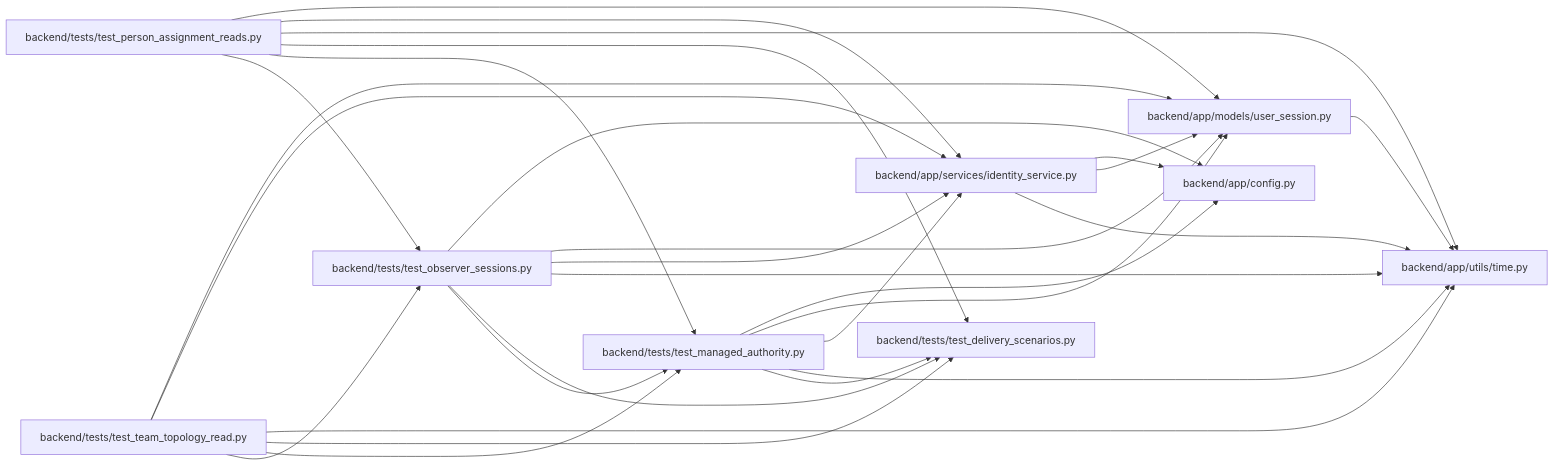
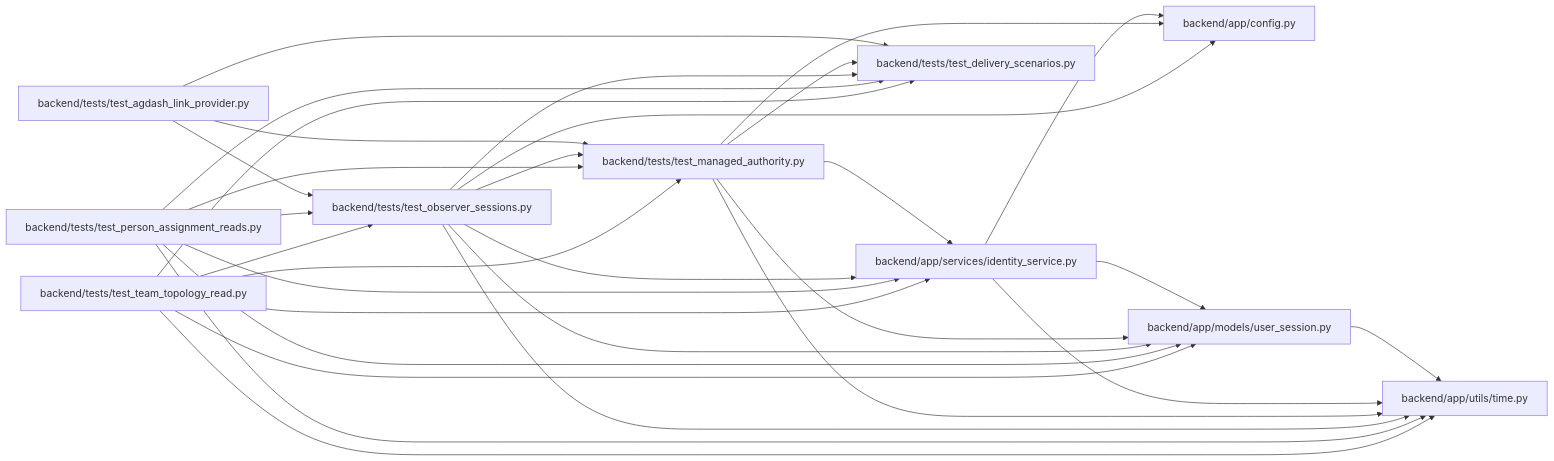
The diagram in docs/llm_wiki/modules/test_observer_sessions.md (Denissvgn/WorkChord), drawn with Mermaid before and after one commit. The commit also changed other lines of this file and 754 other files, not shown here.

````diff
--- a/docs/llm_wiki/modules/test_observer_sessions.md
+++ b/docs/llm_wiki/modules/test_observer_sessions.md
@@ -30,48 +30,53 @@
 ```mermaid
 flowchart LR
     n0["backend/app/config.py"]
     n1["backend/app/models/user_session.py"]
     n2["backend/app/services/identity_service.py"]
     n3["backend/app/utils/time.py"]
-    n4["backend/tests/test_delivery_scenarios.py"]
-    n5["backend/tests/test_managed_authority.py"]
-    n6["backend/tests/test_observer_sessions.py"]
-    n7["backend/tests/test_person_assignment_reads.py"]
-    n8["backend/tests/test_team_topology_read.py"]
+    n4["backend/tests/test_agdash_link_provider.py"]
+    n5["backend/tests/test_delivery_scenarios.py"]
+    n6["backend/tests/test_managed_authority.py"]
+    n7["backend/tests/test_observer_sessions.py"]
+    n8["backend/tests/test_person_assignment_reads.py"]
+    n9["backend/tests/test_team_topology_read.py"]
     n1 --> n3
     n2 --> n0
     n2 --> n1
     n2 --> n3
-    n5 --> n0
-    n5 --> n1
-    n5 --> n2
-    n5 --> n3
-    n5 --> n4
+    n4 --> n5
+    n4 --> n6
+    n4 --> n7
     n6 --> n0
     n6 --> n1
     n6 --> n2
     n6 --> n3
-    n6 --> n4
     n6 --> n5
+    n7 --> n0
     n7 --> n1
     n7 --> n2
     n7 --> n3
-    n7 --> n4
     n7 --> n5
     n7 --> n6
     n8 --> n1
     n8 --> n2
     n8 --> n3
-    n8 --> n4
     n8 --> n5
     n8 --> n6
+    n8 --> n7
+    n9 --> n1
+    n9 --> n2
+    n9 --> n3
+    n9 --> n5
+    n9 --> n6
+    n9 --> n7
     click n0 "../modules/config.md"
     click n1 "../modules/user_session.md"
     click n2 "../modules/identity_service.md"
     click n3 "../modules/time.md"
-    click n4 "../modules/test_delivery_scenarios.md"
-    click n5 "../modules/test_managed_authority.md"
-    click n6 "../modules/test_observer_sessions.md"
-    click n7 "../modules/test_person_assignment_reads.md"
-    click n8 "../modules/test_team_topology_read.md"
+    click n4 "../modules/test_agdash_link_provider.md"
+    click n5 "../modules/test_delivery_scenarios.md"
+    click n6 "../modules/test_managed_authority.md"
+    click n7 "../modules/test_observer_sessions.md"
+    click n8 "../modules/test_person_assignment_reads.md"
+    click n9 "../modules/test_team_topology_read.md"
 ```
````
